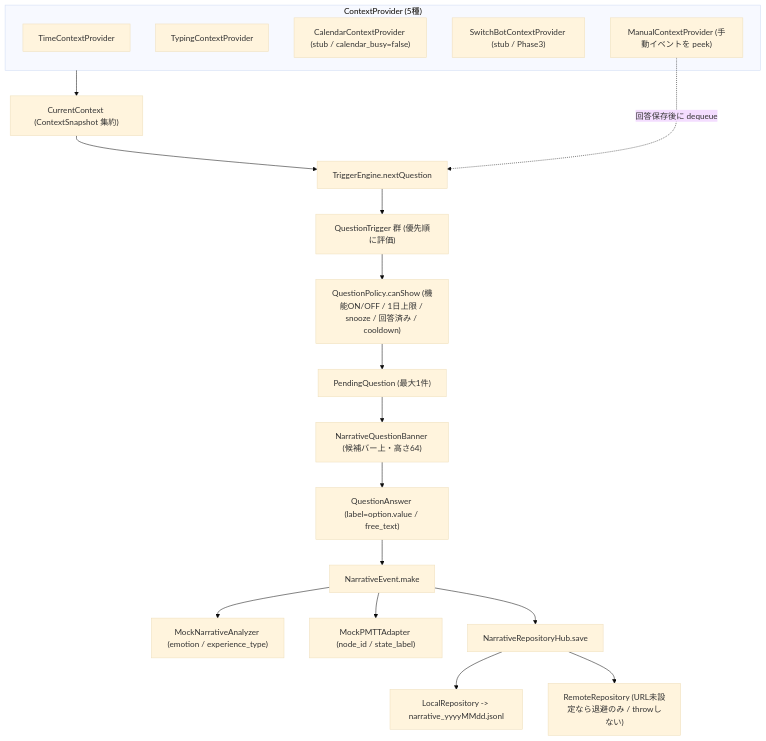
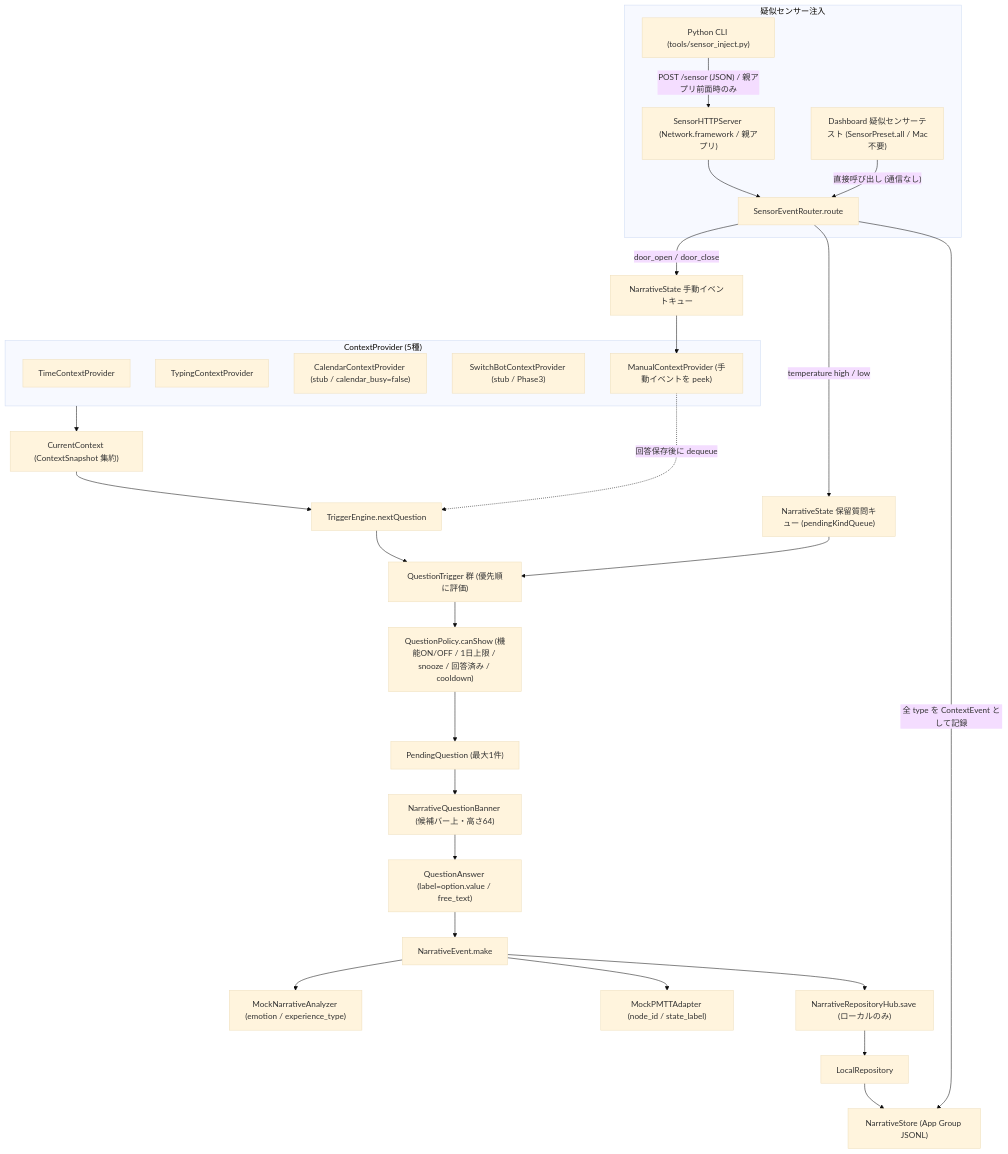
The diagram in docs/narrative-integration.md (shunsuke-tanaka-creator/communication-keyboard), drawn with Mermaid (base theme) before and after one commit. The commit also changed other lines of this file and 37 other files, not shown here.

````diff
--- a/docs/narrative-integration.md
+++ b/docs/narrative-integration.md
@@ -11,24 +15,34 @@
 ```mermaid
 flowchart TD
   subgraph Providers["ContextProvider (5種)"]
     TimeP["TimeContextProvider"]
     TypingP["TypingContextProvider"]
     CalP["CalendarContextProvider (stub / calendar_busy=false)"]
     SwP["SwitchBotContextProvider (stub / Phase3)"]
     ManP["ManualContextProvider (手動イベントを peek)"]
   end
   Providers --> Ctx["CurrentContext (ContextSnapshot 集約)"]
   Ctx --> Engine["TriggerEngine.nextQuestion"]
   Engine --> Triggers["QuestionTrigger 群 (優先順に評価)"]
   Triggers --> Policy["QuestionPolicy.canShow (機能ON/OFF / 1日上限 / snooze / 回答済み / cooldown)"]
   Policy --> Pending["PendingQuestion (最大1件)"]
   Pending --> Banner["NarrativeQuestionBanner (候補バー上・高さ64)"]
   Banner --> Answer["QuestionAnswer (label=option.value / free_text)"]
   Answer --> Event["NarrativeEvent.make"]
   Event --> Analyzer["MockNarrativeAnalyzer (emotion / experience_type)"]
   Event --> PMTT["MockPMTTAdapter (node_id / state_label)"]
-  Event --> Hub["NarrativeRepositoryHub.save"]
-  Hub --> Local["LocalRepository -> narrative_yyyyMMdd.jsonl"]
-  Hub --> Remote["RemoteRepository (URL未設定なら退避のみ / throwしない)"]
+  Event --> Hub["NarrativeRepositoryHub.save (ローカルのみ)"]
+  Hub --> Local["LocalRepository"]
+  Local --> Store["NarrativeStore (App Group JSONL)"]
   ManP -. "回答保存後に dequeue" .-> Engine
+  subgraph SensorPath["疑似センサー注入"]
+    Py["Python CLI (tools/sensor_inject.py)"] -->|"POST /sensor (JSON) / 親アプリ前面時のみ"| Srv["SensorHTTPServer (Network.framework / 親アプリ)"]
+    Srv --> Router["SensorEventRouter.route"]
+    Preset["Dashboard 疑似センサーテスト (SensorPreset.all / Mac不要)"] -->|"直接呼び出し (通信なし)"| Router
+  end
+  Router -->|"door_open / door_close"| MQueue["NarrativeState 手動イベントキュー"]
+  Router -->|"temperature high / low"| PQueue["NarrativeState 保留質問キュー (pendingKindQueue)"]
+  Router -->|"全 type を ContextEvent として記録"| Store
+  MQueue --> ManP
+  PQueue --> Triggers
 ```
````
